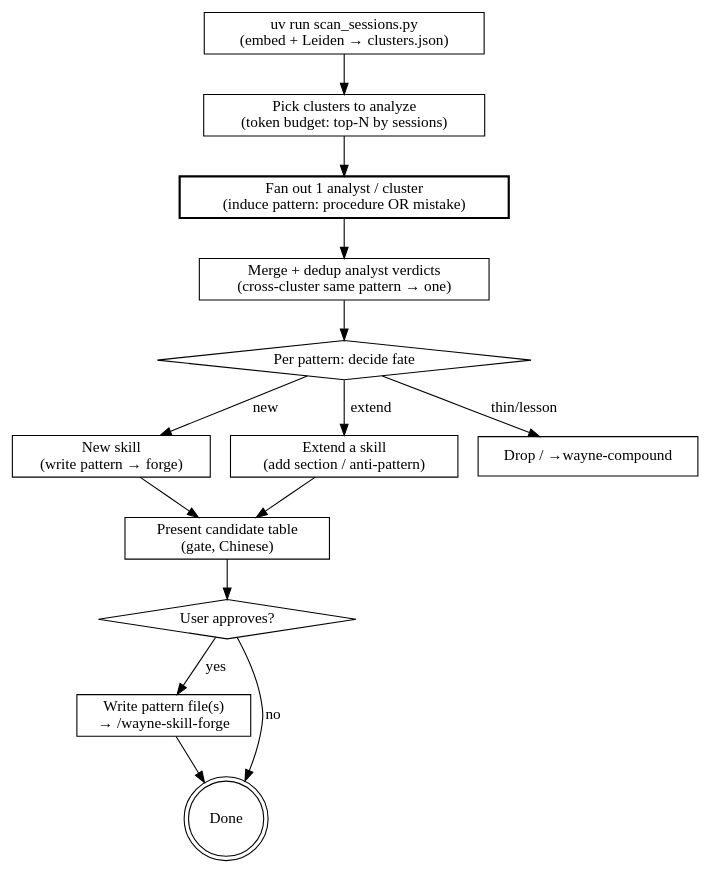
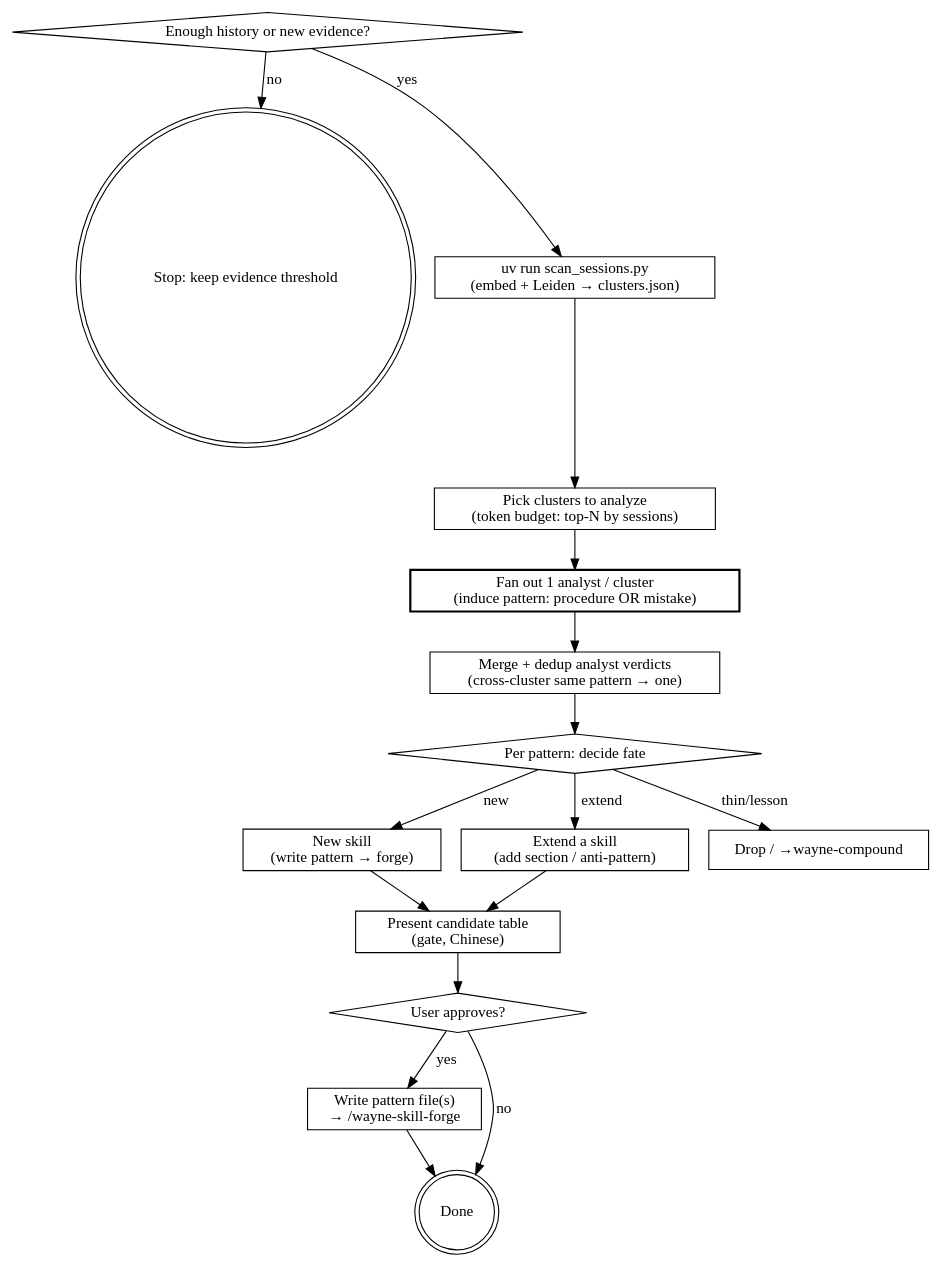
One commit to waynejing995/wayne-taste changed the diagram in wayne-distill/SKILL.md. Above: the diagram before and after it, drawn with Graphviz. The commit also changed other lines of this file and 6 other files, not shown here.

````diff
--- a/wayne-distill/SKILL.md
+++ b/wayne-distill/SKILL.md
@@ -68,32 +52,36 @@
 ```dot
 digraph distill {
     rankdir=TB;
 
+    "Enough history or new evidence?" [shape=diamond];
+    "Stop: keep evidence threshold" [shape=doublecircle];
     "uv run scan_sessions.py\n(embed + Leiden → clusters.json)" [shape=box];
     "Pick clusters to analyze\n(token budget: top-N by sessions)" [shape=box];
     "Fan out 1 analyst / cluster\n(induce pattern: procedure OR mistake)" [shape=box, style=bold];
     "Merge + dedup analyst verdicts\n(cross-cluster same pattern → one)" [shape=box];
     "Per pattern: decide fate" [shape=diamond];
     "New skill\n(write pattern → forge)" [shape=box];
     "Extend a skill\n(add section / anti-pattern)" [shape=box];
     "Drop / →wayne-compound" [shape=box];
     "Present candidate table\n(gate, Chinese)" [shape=box];
     "User approves?" [shape=diamond];
     "Write pattern file(s)\n→ /wayne-skill-forge" [shape=box];
     "Done" [shape=doublecircle];
 
+    "Enough history or new evidence?" -> "Stop: keep evidence threshold" [label="no"];
+    "Enough history or new evidence?" -> "uv run scan_sessions.py\n(embed + Leiden → clusters.json)" [label="yes"];
     "uv run scan_sessions.py\n(embed + Leiden → clusters.json)" -> "Pick clusters to analyze\n(token budget: top-N by sessions)";
     "Pick clusters to analyze\n(token budget: top-N by sessions)" -> "Fan out 1 analyst / cluster\n(induce pattern: procedure OR mistake)";
     "Fan out 1 analyst / cluster\n(induce pattern: procedure OR mistake)" -> "Merge + dedup analyst verdicts\n(cross-cluster same pattern → one)";
     "Merge + dedup analyst verdicts\n(cross-cluster same pattern → one)" -> "Per pattern: decide fate";
     "Per pattern: decide fate" -> "New skill\n(write pattern → forge)" [label="new"];
     "Per pattern: decide fate" -> "Extend a skill\n(add section / anti-pattern)" [label="extend"];
     "Per pattern: decide fate" -> "Drop / →wayne-compound" [label="thin/lesson"];
     "New skill\n(write pattern → forge)" -> "Present candidate table\n(gate, Chinese)";
     "Extend a skill\n(add section / anti-pattern)" -> "Present candidate table\n(gate, Chinese)";
     "Present candidate table\n(gate, Chinese)" -> "User approves?";
     "User approves?" -> "Write pattern file(s)\n→ /wayne-skill-forge" [label="yes"];
     "User approves?" -> "Done" [label="no"];
     "Write pattern file(s)\n→ /wayne-skill-forge" -> "Done";
 }
 ```
````
